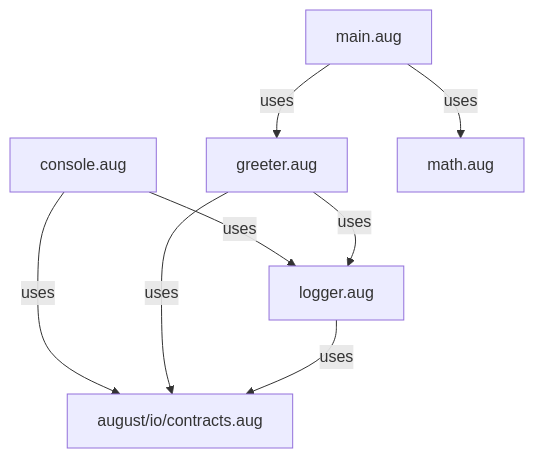
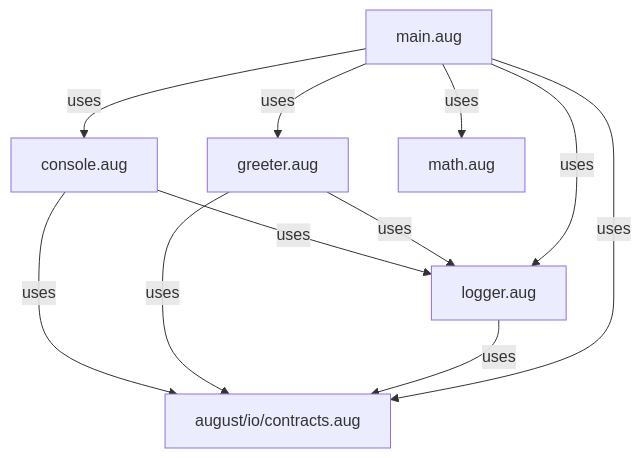
Before and after one commit to GreenPandaStudios/augscript: the second of 2 diagrams in docs/examples/new-syntax/diagrams/index.md, drawn with Mermaid. The commit also changed other lines of this file and 289 other files, not shown here.

Commit message:
Correct diagram control flow and complete generated wiki navigation

````diff
--- a/docs/examples/new-syntax/diagrams/index.md
+++ b/docs/examples/new-syntax/diagrams/index.md
@@ -30,16 +30,19 @@
 ```mermaid
 flowchart TD
     n0["august/io/contracts.aug"]
     n1["console.aug"]
     n2["greeter.aug"]
     n3["logger.aug"]
     n4["main.aug"]
     n5["math.aug"]
     n1 -->|"uses"| n0
     n1 -->|"uses"| n3
     n2 -->|"uses"| n0
     n2 -->|"uses"| n3
     n3 -->|"uses"| n0
+    n4 -->|"uses"| n0
+    n4 -->|"uses"| n1
     n4 -->|"uses"| n2
+    n4 -->|"uses"| n3
     n4 -->|"uses"| n5
 ```
````
